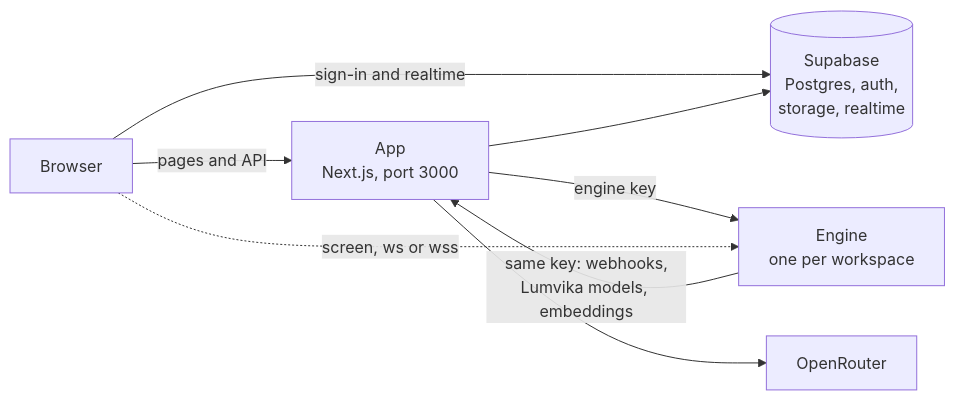
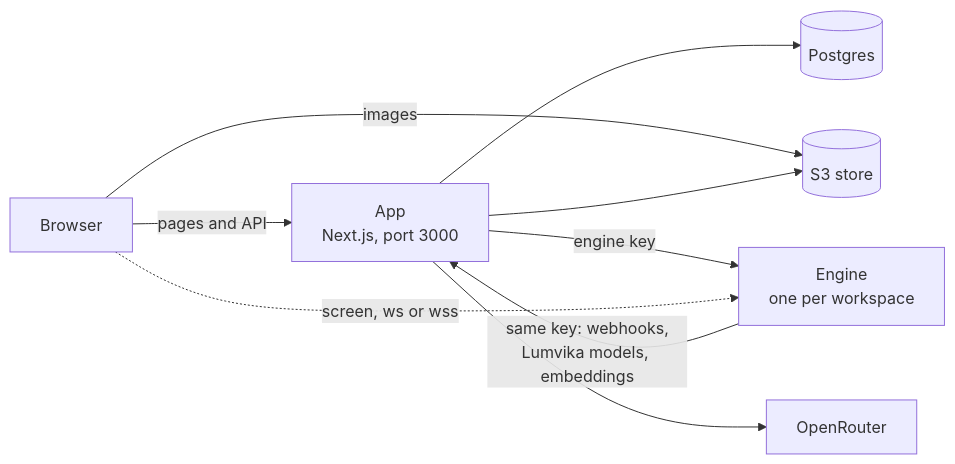
Before and after one commit to Nilovon/lumvika: the diagram in apps/docs/self-host/overview.mdx, drawn with Mermaid. The commit also changed other lines of this file and 787 other files, not shown here.

First line of the commit message:
feat: remove Supabase, run on Postgres, Better Auth, S3 and live SSE

````diff
--- a/apps/docs/self-host/overview.mdx
+++ b/apps/docs/self-host/overview.mdx
@@ -30,16 +30,18 @@
 ```mermaid
 flowchart LR
   browser[Browser]
   app["App<br/>Next.js, port 3000"]
-  supabase[("Supabase<br/>Postgres, auth,<br/>storage, realtime")]
+  postgres[("Postgres")]
+  storage[("S3 store")]
   engine["Engine<br/>one per workspace"]
   openrouter[OpenRouter]
 
   browser -->|pages and API| app
-  browser -->|sign-in and realtime| supabase
-  app --> supabase
+  browser -->|images| storage
+  app --> postgres
+  app --> storage
   app -->|engine key| engine
   engine -->|same key: webhooks,<br/>Lumvika models, embeddings| app
   browser -.->|screen, ws or wss| engine
   app --> openrouter
 ```
````
